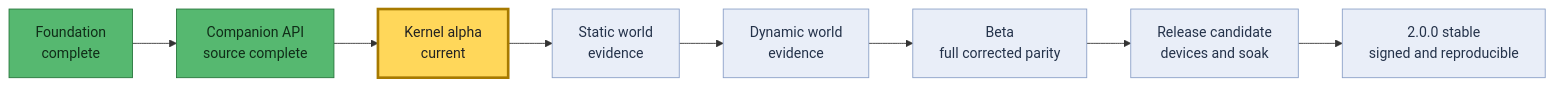
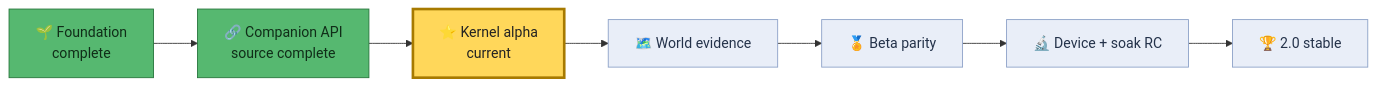
The second of 2 diagrams in README.md (BoLayerDev/kanto-first-person), drawn with Mermaid before and after one commit. The commit also changed other lines of this file, not shown here.

````diff
--- a/README.md
+++ b/README.md
@@ -427,17 +267,16 @@
 ```mermaid
 flowchart LR
-    F["Foundation<br/>complete"] --> A["Companion API<br/>source complete"]
-    A --> K["Kernel alpha<br/>current"]
-    K --> S["Static world<br/>evidence"]
-    S --> D["Dynamic world<br/>evidence"]
-    D --> B["Beta<br/>full corrected parity"]
-    B --> R["Release candidate<br/>devices and soak"]
-    R --> V["2.0.0 stable<br/>signed and reproducible"]
+    F["🌱 Foundation<br/>complete"] --> A["🔗 Companion API<br/>source complete"]
+    A --> K["⭐ Kernel alpha<br/>current"]
+    K --> W["🗺️ World evidence"]
+    W --> B["🏅 Beta parity"]
+    B --> R["🔬 Device + soak RC"]
+    R --> V["🏆 2.0 stable"]
 
     classDef done fill:#56b870,color:#102d18,stroke:#26753b;
     classDef current fill:#ffd75a,color:#222,stroke:#a77a00,stroke-width:3px;
     classDef future fill:#e9eef8,color:#24324a,stroke:#8ba0c7;
     class F,A done;
     class K current;
-    class S,D,B,R,V future;
+    class W,B,R,V future;
 ```
````
